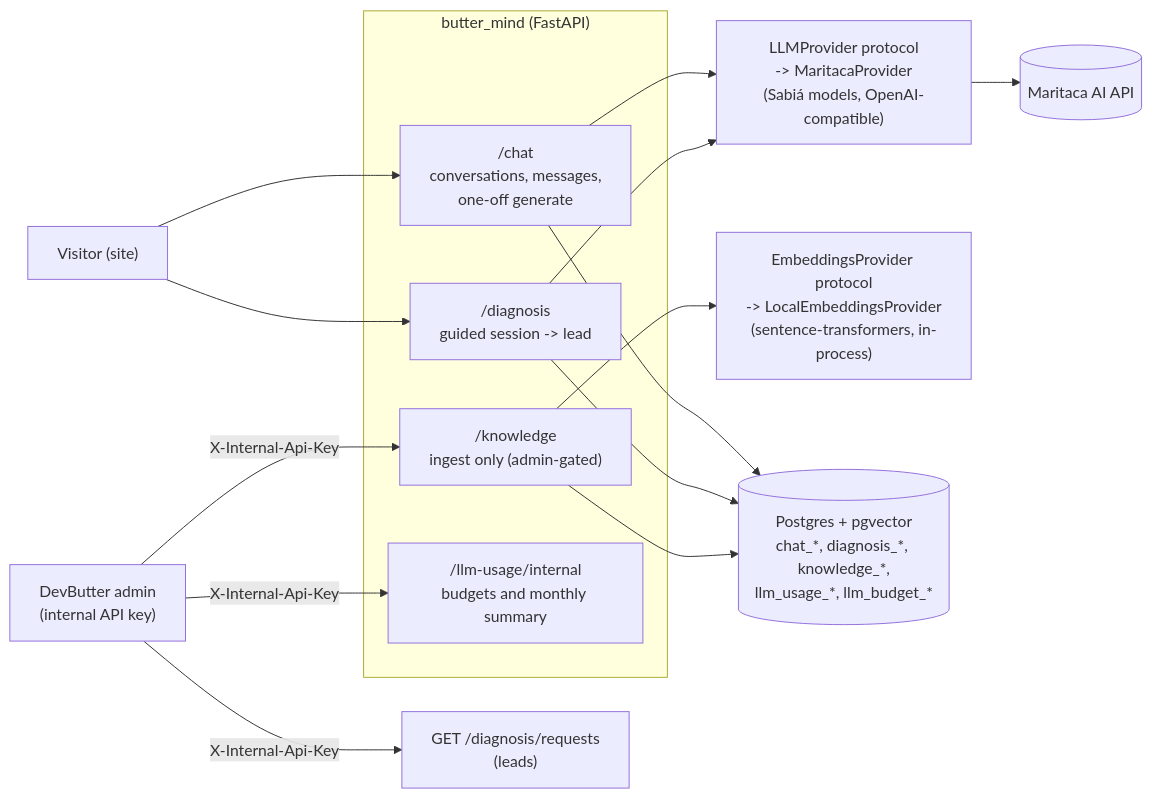
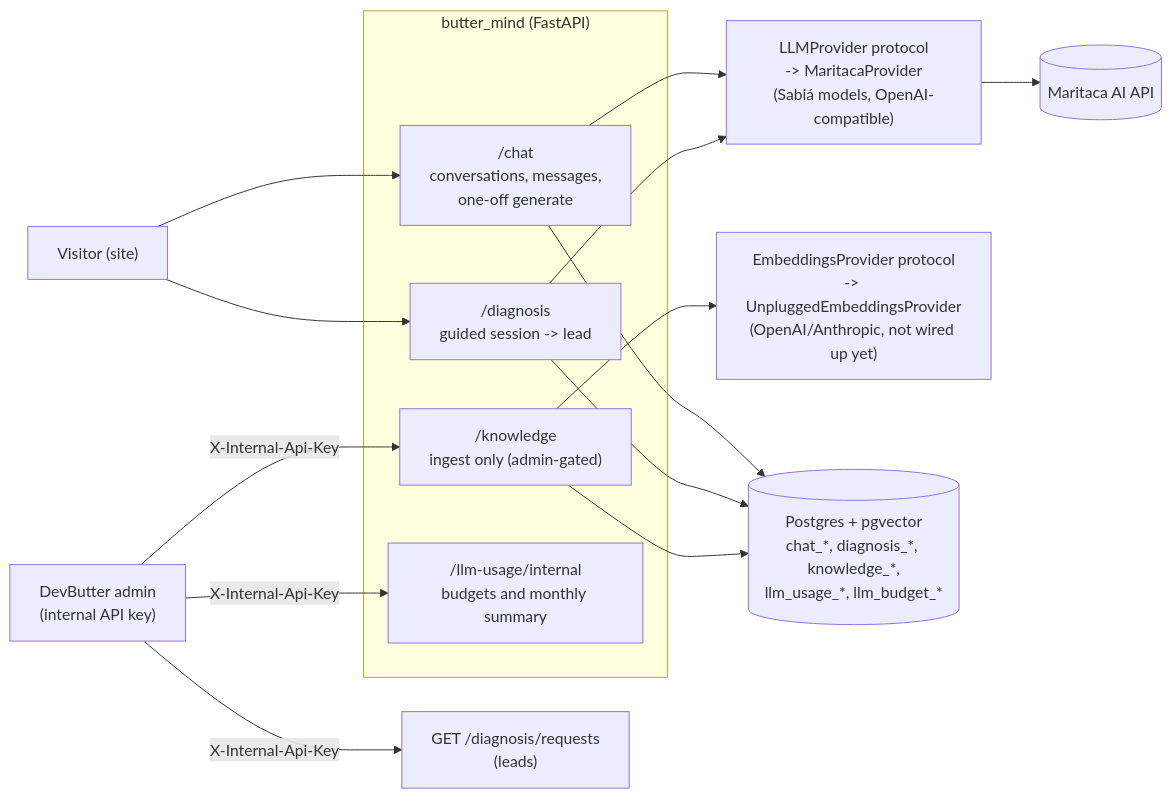
Before and after one commit to acidevbutter/butter_mind: the first of 3 diagrams in README.md, drawn with Mermaid. The commit also changed other lines of this file and 11 other files, not shown here.

First line of the commit message:
Remove sentence-transformers, prep embeddings for OpenAI/Claude

````diff
--- a/README.md
+++ b/README.md
@@ -19,31 +19,31 @@
 ```mermaid
 flowchart LR
     Visitor["Visitor (site)"]
     Admin["DevButter admin\n(internal API key)"]
 
     subgraph API["butter_mind (FastAPI)"]
         Chat["/chat\nconversations, messages,\none-off generate"]
         Diagnosis["/diagnosis\nguided session -> lead"]
         Knowledge["/knowledge\ningest only (admin-gated)"]
         Usage["/llm-usage/internal\nbudgets and monthly summary"]
     end
 
     LLM["LLMProvider protocol\n-> MaritacaProvider\n(Sabiá models, OpenAI-compatible)"]
-    Embed["EmbeddingsProvider protocol\n-> LocalEmbeddingsProvider\n(sentence-transformers, in-process)"]
+    Embed["EmbeddingsProvider protocol\n-> UnpluggedEmbeddingsProvider\n(OpenAI/Anthropic, not wired up yet)"]
     DB[("Postgres + pgvector\nchat_*, diagnosis_*, knowledge_*,\nllm_usage_*, llm_budget_*")]
     Maritaca[("Maritaca AI API")]
 
     Visitor --> Chat
     Visitor --> Diagnosis
     Admin -->|X-Internal-Api-Key| Knowledge
     Admin -->|X-Internal-Api-Key| DiagnosisRequests["GET /diagnosis/requests\n(leads)"]
     Admin -->|X-Internal-Api-Key| Usage
 
     Chat --> LLM
     Diagnosis --> LLM
     Chat --> DB
     Diagnosis --> DB
     Knowledge --> Embed
     Knowledge --> DB
     LLM --> Maritaca
 ```
````
